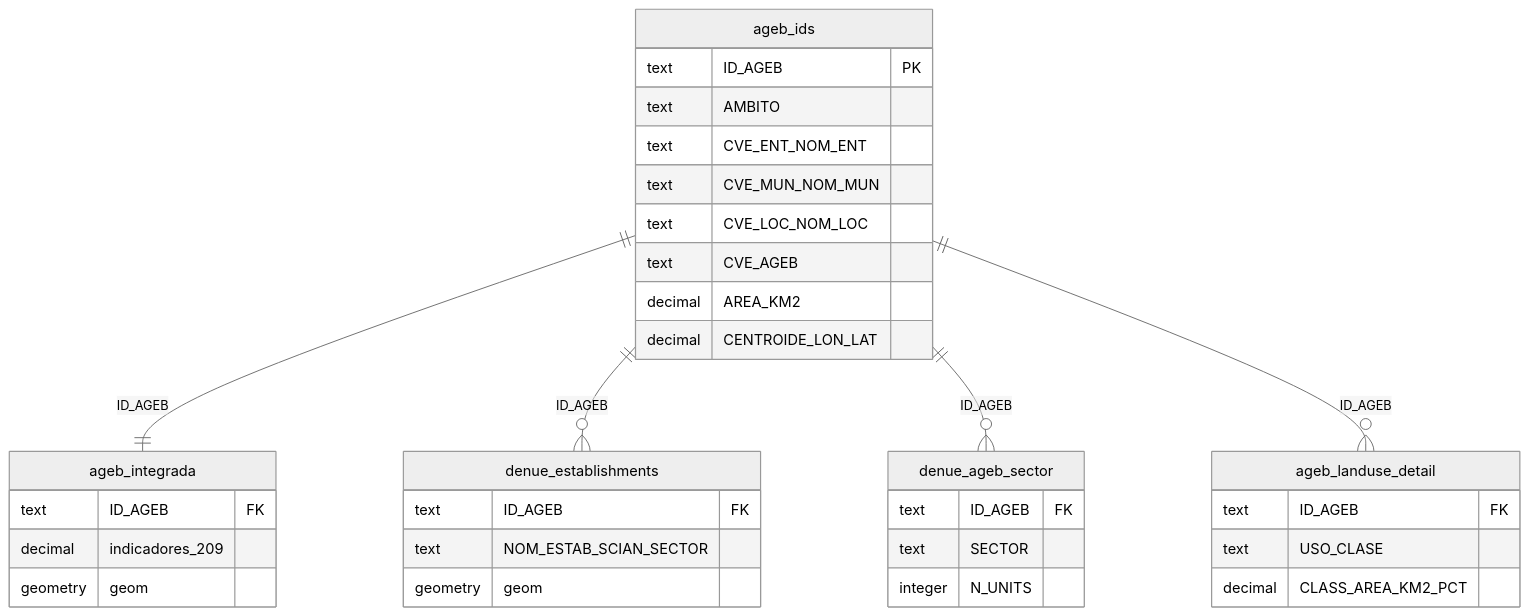
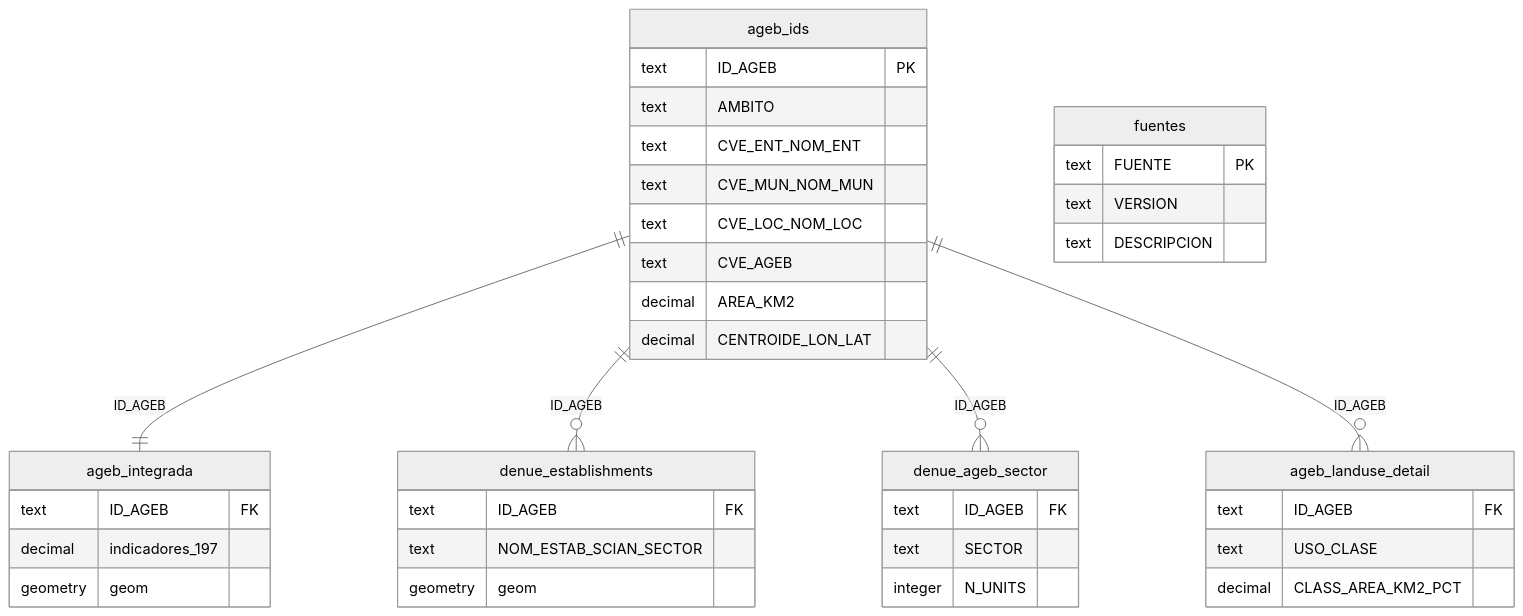
One commit to sisepuede-framework/adaptation-ageb-data changed the diagram in README.md. Above: the diagram before and after it, drawn with Mermaid (neutral theme). The commit also changed other lines of this file and 9 other files, not shown here.

````diff
--- a/README.md
+++ b/README.md
@@ -176,38 +183,43 @@
 ```mermaid
 erDiagram
     ageb_ids ||--|| ageb_integrada       : ID_AGEB
     ageb_ids ||--o{ denue_establishments : ID_AGEB
     ageb_ids ||--o{ denue_ageb_sector    : ID_AGEB
     ageb_ids ||--o{ ageb_landuse_detail  : ID_AGEB
 
     ageb_ids {
         text     ID_AGEB PK
         text     AMBITO
         text     CVE_ENT_NOM_ENT
         text     CVE_MUN_NOM_MUN
         text     CVE_LOC_NOM_LOC
         text     CVE_AGEB
         decimal  AREA_KM2
         decimal  CENTROIDE_LON_LAT
     }
     ageb_integrada {
         text     ID_AGEB FK
-        decimal  indicadores_209
+        decimal  indicadores_197
         geometry geom
+    }
+    fuentes {
+        text     FUENTE PK
+        text     VERSION
+        text     DESCRIPCION
     }
     denue_establishments {
         text     ID_AGEB FK
         text     NOM_ESTAB_SCIAN_SECTOR
         geometry geom
     }
     denue_ageb_sector {
         text     ID_AGEB FK
         text     SECTOR
         integer  N_UNITS
     }
     ageb_landuse_detail {
         text     ID_AGEB FK
         text     USO_CLASE
         decimal  CLASS_AREA_KM2_PCT
     }
 ```
````
